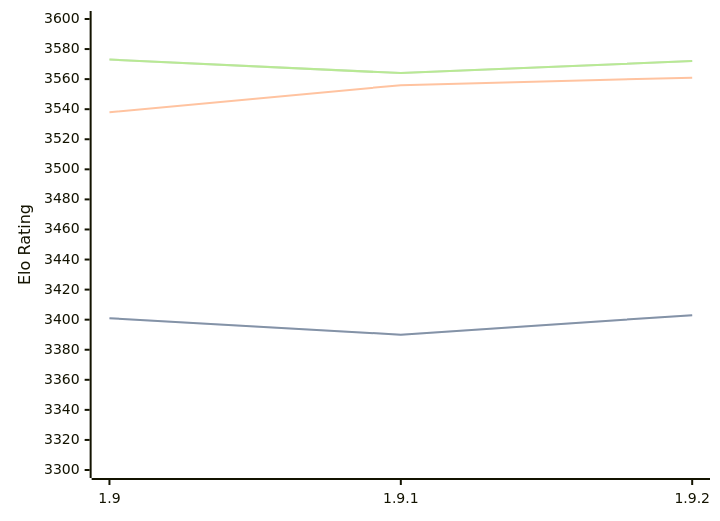
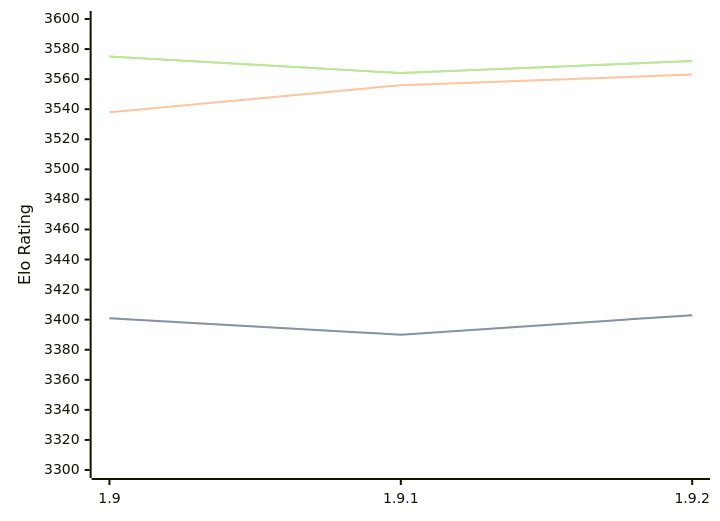
The diagram in engines/Pawnocchio.md (computer-chess-index/cci), drawn with Mermaid before and after one commit. The commit also changed other lines of this file, not shown here.

Commit message:
Update CCI Ratings (ELO VLTC) - 2026-04-07

````diff
--- a/engines/Pawnocchio.md
+++ b/engines/Pawnocchio.md
@@ -48,11 +48,11 @@
 ```mermaid
 %%{init: {"theme":"base","themeVariables":{"seriesColors:['#a3a3a3','#222221','#faa371']}}}%%
 xychart-beta
   x-axis ["1.9", "1.9.1", "1.9.2"]
   y-axis "Elo Rating" 3300 --> 3600
   line "STC (8.0+0.08s)" [3401, 3390, 3403]
   line "STC (8.0+0.08s)" [3401, 3390, 3403]
-  line "LTC (60.0+0.60s)" [3538, 3556, 3561]
-  line "VLTC (2m24s+1.12s)" [3573, 3564, 3572]
-  line "VLTC (2m24s+1.12s)" [3573, 3564, 3572]
+  line "LTC (60.0+0.60s)" [3538, 3556, 3563]
+  line "VLTC (2m24s+1.12s)" [3575, 3564, 3572]
+  line "VLTC (2m24s+1.12s)" [3575, 3564, 3572]
 ```
````
